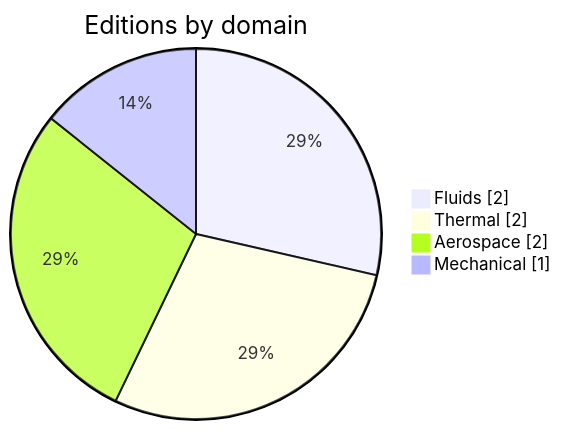
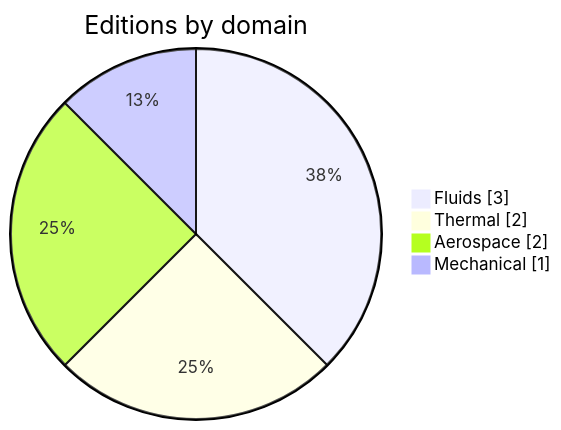
The second of 2 diagrams in README.md (omax404/acta-problemata), drawn with Mermaid before and after one commit. The commit also changed other lines of this file and 7 other files, not shown here.

````diff
--- a/README.md
+++ b/README.md
@@ -159,7 +160,7 @@
 ```mermaid
 pie showData title Editions by domain
-  "Fluids" : 2
+  "Fluids" : 3
   "Thermal" : 2
   "Aerospace" : 2
   "Mechanical" : 1
 ```
````
